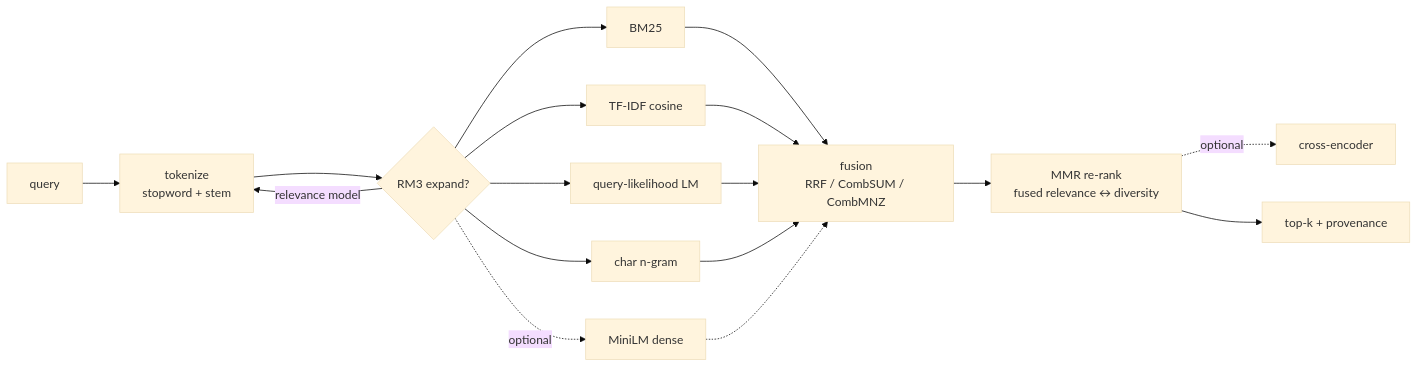
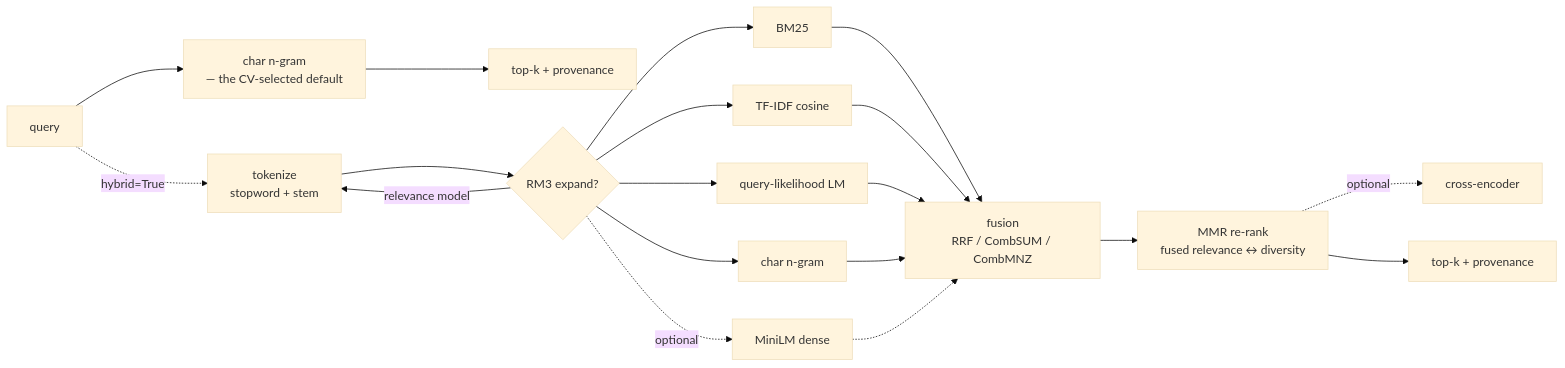
The second of 2 diagrams in README.md (arjanchaudharyy/glocal-teen-hero-benchmark), drawn with Mermaid (base theme) before and after one commit. The commit also changed other lines of this file and 9 other files, not shown here.

````diff
--- a/README.md
+++ b/README.md
@@ -56,19 +56,21 @@
 ```mermaid
 flowchart LR
-    Q[query] --> T[tokenize<br/>stopword + stem]
+    Q[query] --> DEFAULT[char n-gram<br/>— the CV-selected default]
+    DEFAULT --> K1[top-k + provenance]
+    Q -.hybrid=True.-> T[tokenize<br/>stopword + stem]
     T --> X{RM3 expand?}
     X -->|relevance model| T
     X --> B[BM25]
     X --> F[TF-IDF cosine]
     X --> L[query-likelihood LM]
     X --> C[char n-gram]
     X -.optional.-> D[MiniLM dense]
     B --> FU[fusion<br/>RRF / CombSUM / CombMNZ]
     F --> FU
     L --> FU
     C --> FU
     D -.-> FU
     FU --> M[MMR re-rank<br/>fused relevance ↔ diversity]
     M -.optional.-> CE[cross-encoder]
-    M --> K[top-k + provenance]
+    M --> K2[top-k + provenance]
 ```
````
